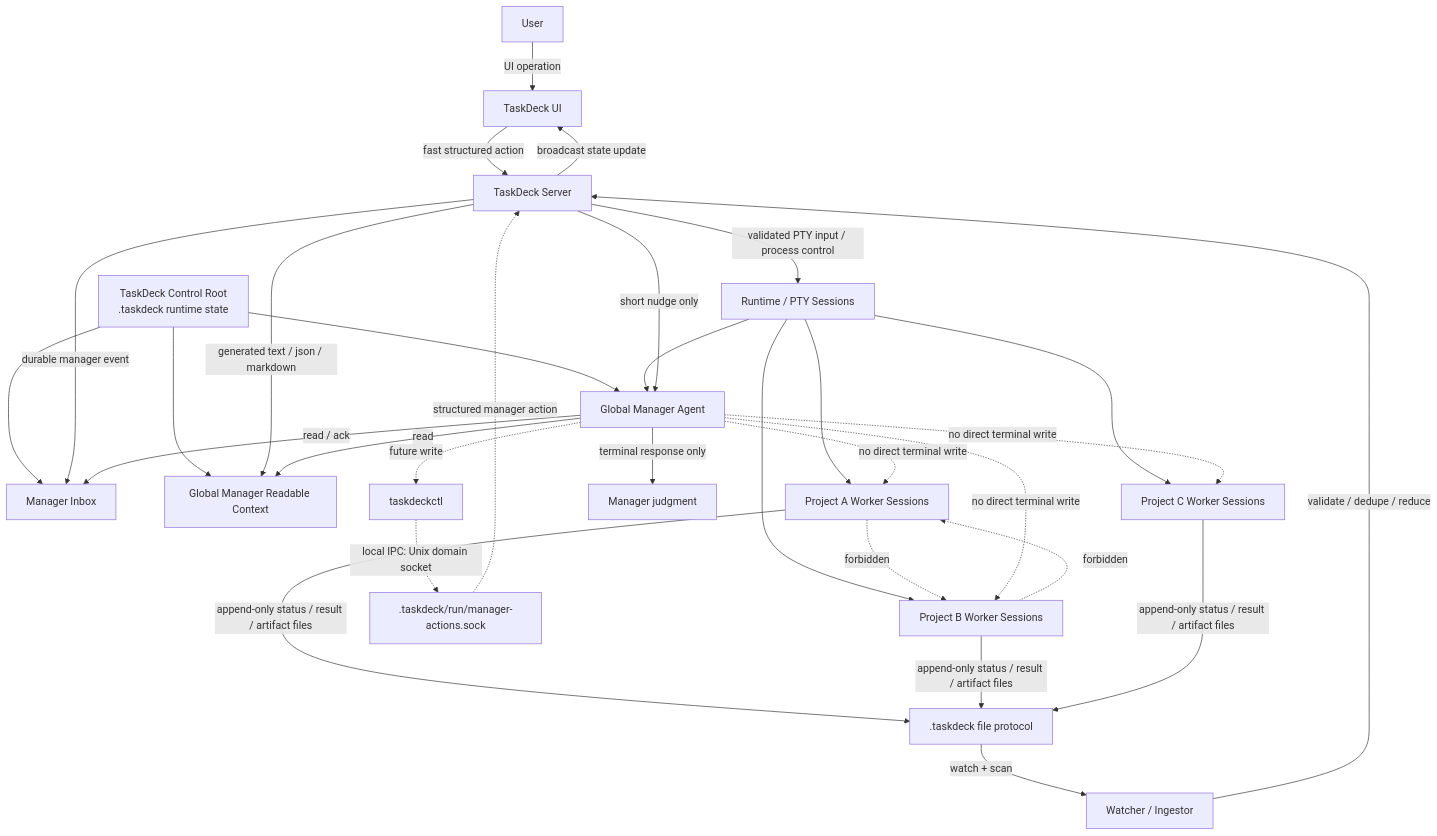
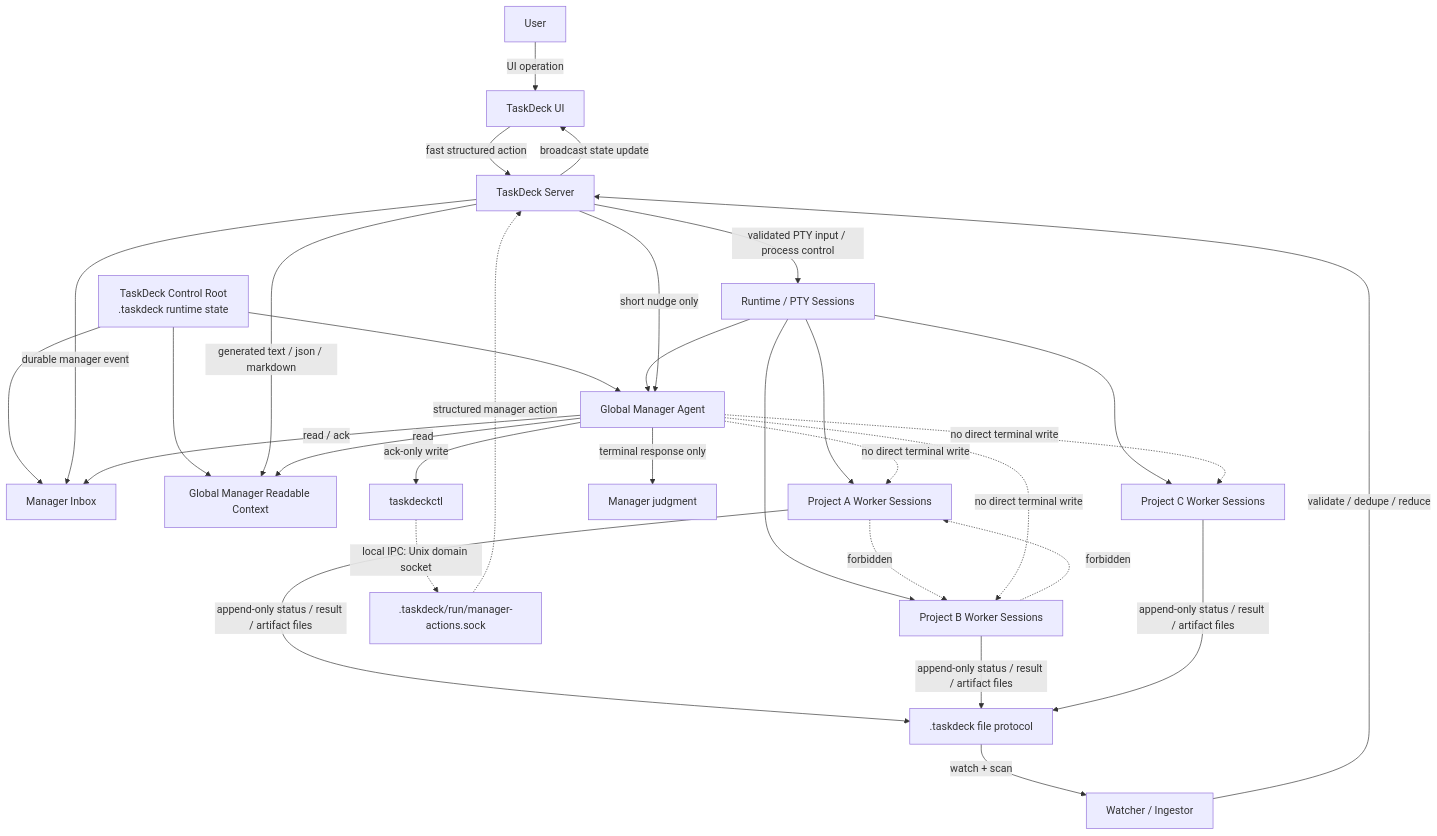
Before and after one commit to hayashikentaro/task-deck: the diagram in docs/taskdeck-actor-protocol.md, drawn with Mermaid. The commit also changed other lines of this file, not shown here.

Commit message:
Update actor protocol for ack-only manager write path

````diff
--- a/docs/taskdeck-actor-protocol.md
+++ b/docs/taskdeck-actor-protocol.md
@@ -24,42 +24,42 @@
 ```mermaid
 flowchart TD
   User[User] -->|UI operation| UI[TaskDeck UI]
   UI -->|fast structured action| Server[TaskDeck Server]
 
   ControlRoot[TaskDeck Control Root<br/>.taskdeck runtime state] --> ManagerInbox[Manager Inbox]
   ControlRoot --> ReadModel[Global Manager Readable Context]
   ControlRoot --> Manager[Global Manager Agent]
 
   Server -->|validated PTY input / process control| Runtime[Runtime / PTY Sessions]
   Runtime --> ProjectA[Project A Worker Sessions]
   Runtime --> ProjectB[Project B Worker Sessions]
   Runtime --> ProjectC[Project C Worker Sessions]
   Runtime --> Manager
 
   ProjectA -->|append-only status / result / artifact files| Files[.taskdeck file protocol]
   ProjectB -->|append-only status / result / artifact files| Files
   ProjectC -->|append-only status / result / artifact files| Files
 
   Files -->|watch + scan| Ingest[Watcher / Ingestor]
   Ingest -->|validate / dedupe / reduce| Server
 
   Server -->|generated text / json / markdown| ReadModel
   Server -->|durable manager event| ManagerInbox
   Server -->|short nudge only| Manager
 
   Manager -->|read| ReadModel
   Manager -->|read / ack| ManagerInbox
   Manager -->|terminal response only| ManagerOutput[Manager judgment]
 
-  Manager -. future write .-> Taskdeckctl[taskdeckctl]
+  Manager -->|ack-only write| Taskdeckctl[taskdeckctl]
   Taskdeckctl -. local IPC: Unix domain socket .-> Socket[.taskdeck/run/manager-actions.sock]
   Socket -. structured manager action .-> Server
 
   Server -->|broadcast state update| UI
 
   ProjectA -. forbidden .-> ProjectB
   ProjectB -. forbidden .-> ProjectA
   Manager -. no direct terminal write .-> ProjectA
   Manager -. no direct terminal write .-> ProjectB
   Manager -. no direct terminal write .-> ProjectC
 ```
````
